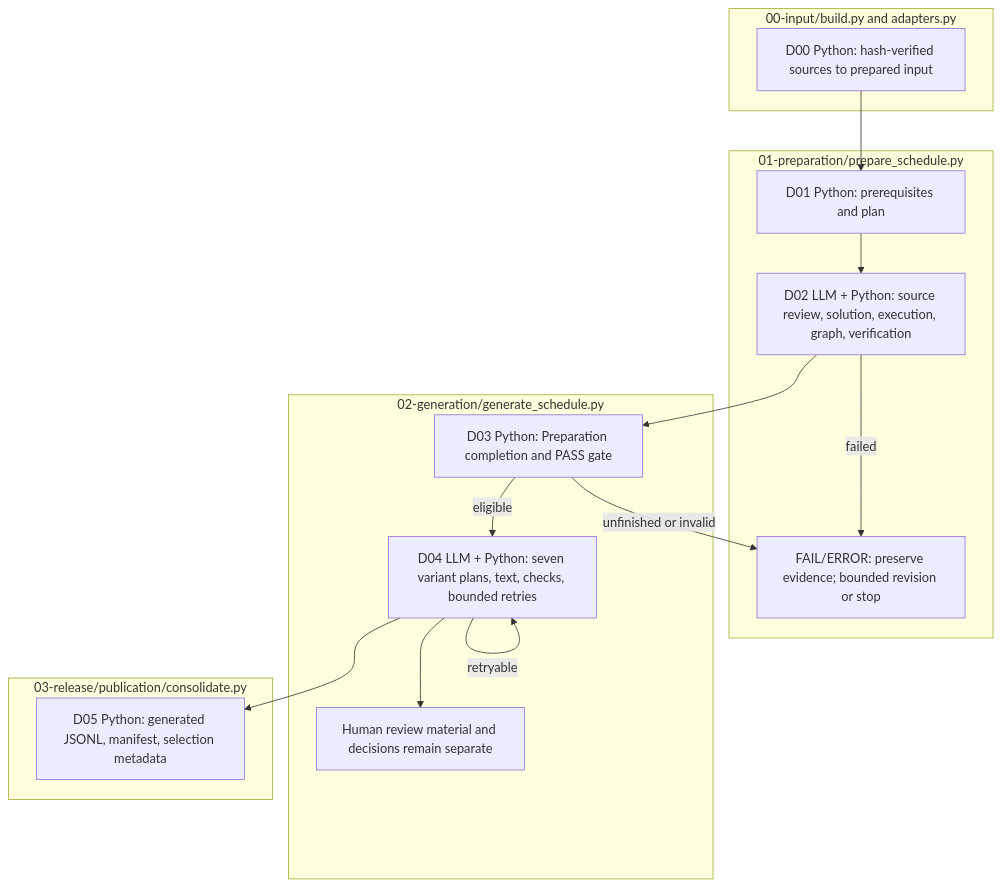
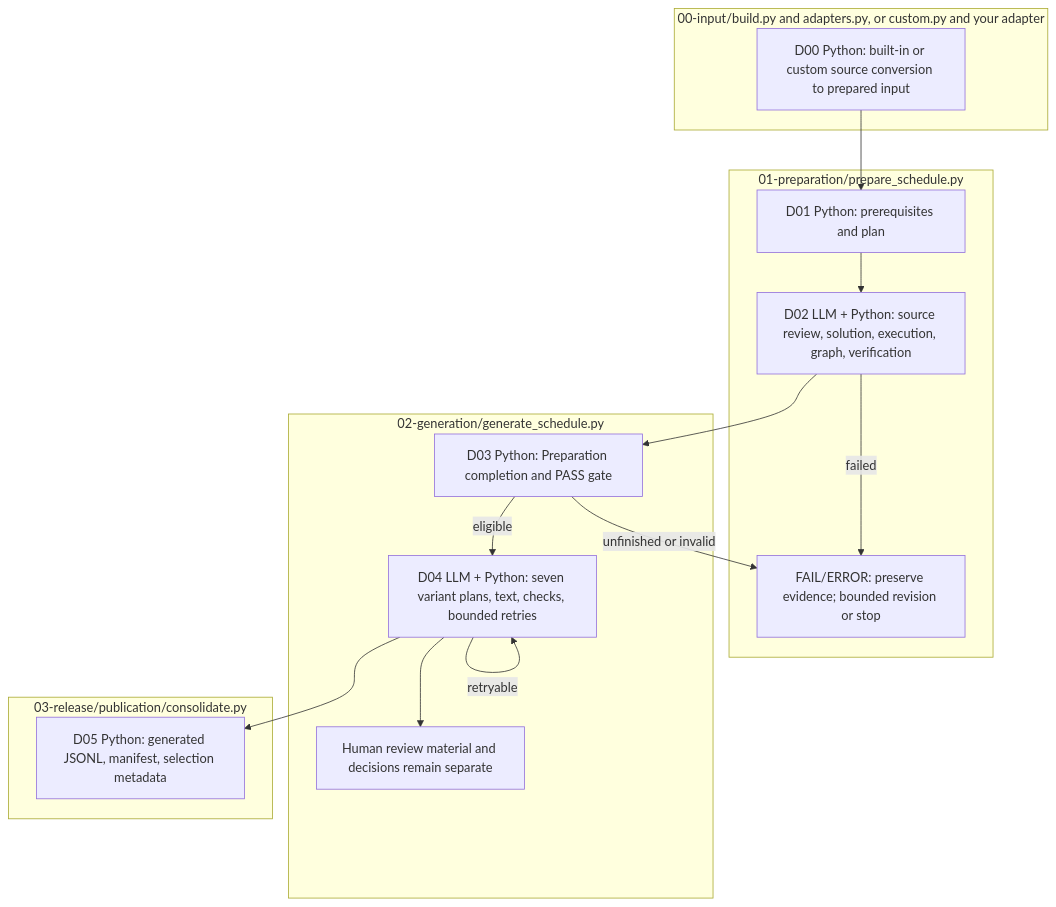
One commit to pnu-clink/finject changed the diagram in src/finarch/dataset/README.md. Above: the diagram before and after it, drawn with Mermaid. The commit also changed other lines of this file and 15 other files, not shown here.

Commit message:
Add deterministic custom adapters and reviewer authoring guide

````diff
--- a/src/finarch/dataset/README.md
+++ b/src/finarch/dataset/README.md
@@ -68,24 +82,24 @@
 ```mermaid
 flowchart TD
-  subgraph INPUT["00-input/build.py and adapters.py"]
-    D00["D00 Python: hash-verified sources to prepared input"]
+  subgraph INPUT["00-input/build.py and adapters.py, or custom.py and your adapter"]
+    D00["D00 Python: built-in or custom source conversion to prepared input"]
   end
   subgraph PREP["01-preparation/prepare_schedule.py"]
     D01["D01 Python: prerequisites and plan"]
     D02["D02 LLM + Python: source review, solution, execution, graph, verification"]
     DF["FAIL/ERROR: preserve evidence; bounded revision or stop"]
   end
   subgraph GEN["02-generation/generate_schedule.py"]
     D03["D03 Python: Preparation completion and PASS gate"]
     D04["D04 LLM + Python: seven variant plans, text, checks, bounded retries"]
     DR["Human review material and decisions remain separate"]
   end
   subgraph RELEASE["03-release/publication/consolidate.py"]
     D05["D05 Python: generated JSONL, manifest, selection metadata"]
   end
   D00 --> D01 --> D02 --> D03 -->|eligible| D04 --> D05
   D02 -->|failed| DF
   D03 -->|unfinished or invalid| DF
   D04 -->|retryable| D04
   D04 --> DR
 ```
````
